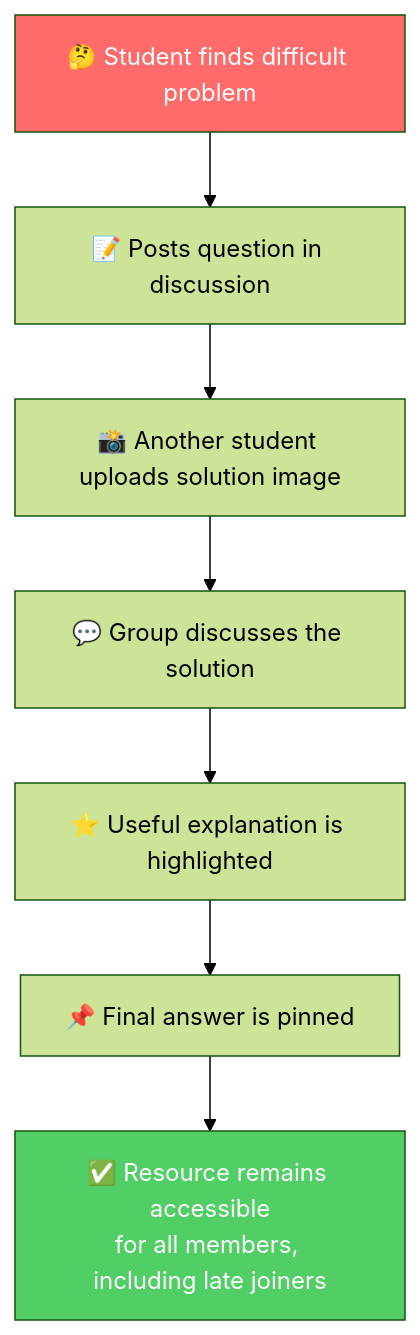
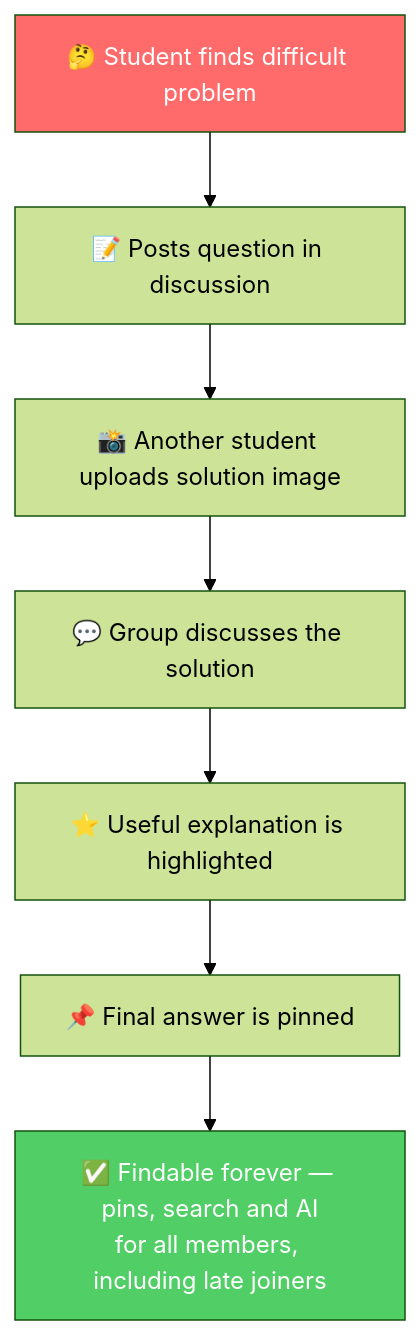
Diagram 15 of 19 in README.md (Priyansh9506/Hive), drawn with Mermaid (forest theme) before and after one commit. The commit also changed other lines of this file and 52 other files, not shown here.

````diff
--- a/README.md
+++ b/README.md
@@ -872,12 +1131,12 @@
 ```mermaid
 flowchart TD
     A["🤔 Student finds difficult problem"] --> B["📝 Posts question in discussion"]
     B --> C["📸 Another student uploads solution image"]
     C --> D["💬 Group discusses the solution"]
     D --> E["⭐ Useful explanation is highlighted"]
     E --> F["📌 Final answer is pinned"]
-    F --> G["✅ Resource remains accessible<br/>for all members, including late joiners"]
+    F --> G["✅ Findable forever — pins, search and AI<br/>for all members, including late joiners"]
 
     style A fill:#ff6b6b,color:#fff
     style G fill:#51cf66,color:#fff
 ```
````
